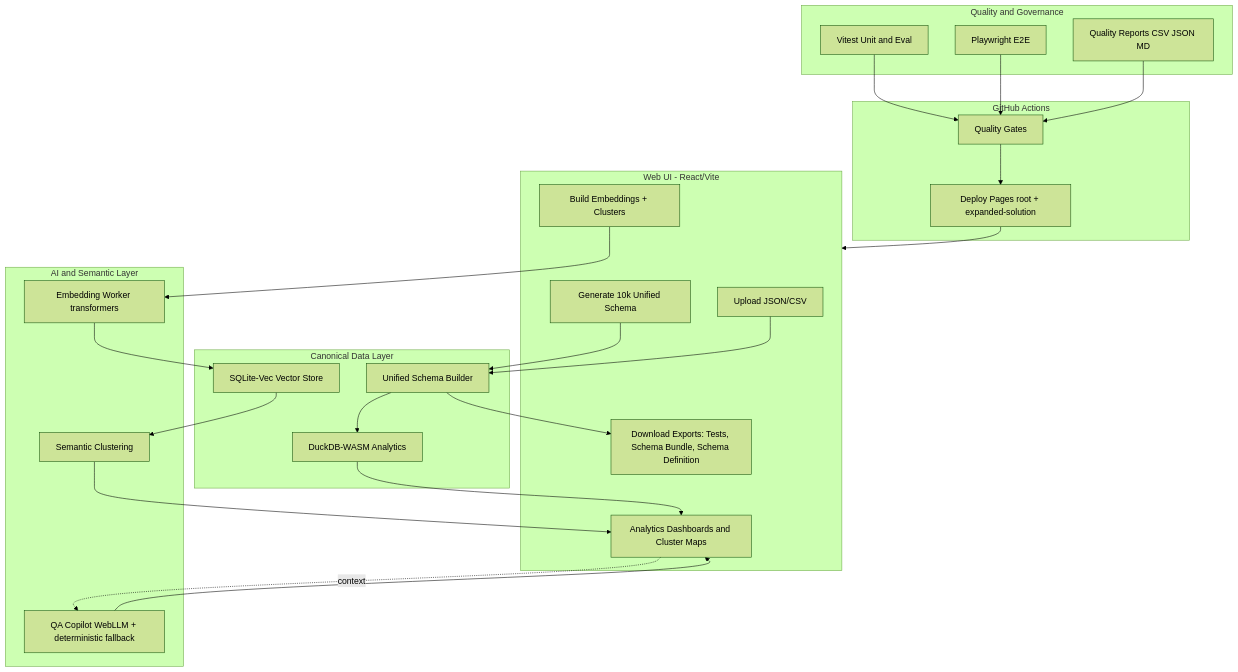
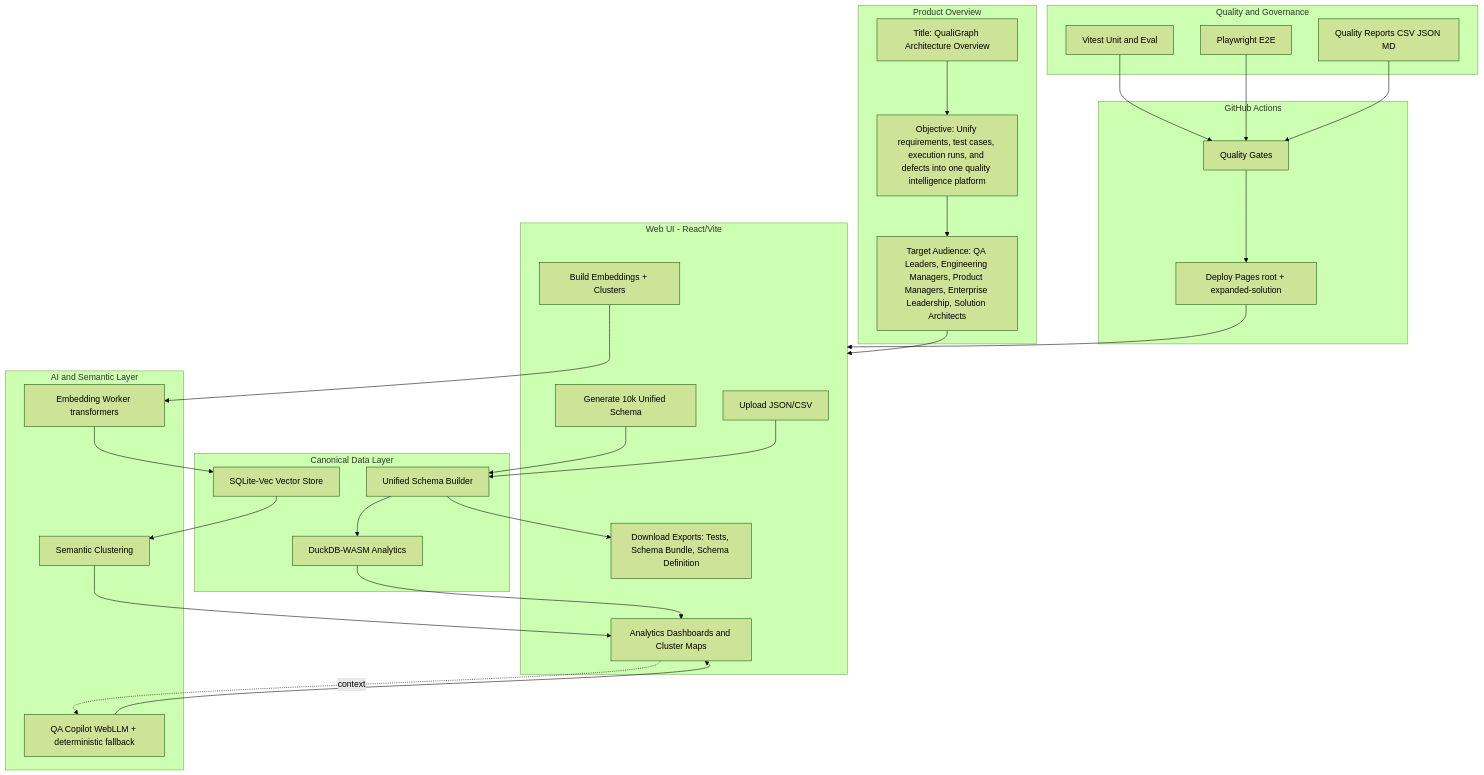
One commit to arvind3/qa-intelligence-platform changed the diagram in docs/architecture/qaip-architecture.mmd. Above: the diagram before and after it, drawn with Mermaid (forest theme).

Commit message:
Embed title, objective, and target audience directly in architecture diagram

```diff
--- a/docs/architecture/qaip-architecture.mmd
+++ b/docs/architecture/qaip-architecture.mmd
@@ -1,48 +1,58 @@
 flowchart TB
+  subgraph Overview[Product Overview]
+    O1[Title: QualiGraph Architecture Overview]
+    O2[Objective: Unify requirements, test cases, execution runs, and defects into one quality intelligence platform]
+    O3[Target Audience: QA Leaders, Engineering Managers, Product Managers, Enterprise Leadership, Solution Architects]
+  end
+
   subgraph UI[Web UI - React/Vite]
     U1[Generate 10k Unified Schema]
     U2[Upload JSON/CSV]
     U3[Build Embeddings + Clusters]
     U4[Analytics Dashboards and Cluster Maps]
     U5[Download Exports: Tests, Schema Bundle, Schema Definition]
   end
 
   subgraph Data[Canonical Data Layer]
     D1[Unified Schema Builder]
     D2[DuckDB-WASM Analytics]
     D3[SQLite-Vec Vector Store]
   end
 
   subgraph AI[AI and Semantic Layer]
     A1[Embedding Worker transformers]
     A2[Semantic Clustering]
     A3[QA Copilot WebLLM + deterministic fallback]
   end
 
   subgraph QA[Quality and Governance]
     Q1[Vitest Unit and Eval]
     Q2[Playwright E2E]
     Q3[Quality Reports CSV JSON MD]
   end
 
   subgraph CI[GitHub Actions]
     C1[Quality Gates]
     C2[Deploy Pages root + expanded-solution]
   end
 
+  O1 --> O2
+  O2 --> O3
+  O3 --> UI
+
   U1 --> D1
   U2 --> D1
   D1 --> D2
   U3 --> A1
   A1 --> D3
   D3 --> A2
   A2 --> U4
   D2 --> U4
   U4 -.context.-> A3
   A3 --> U4
   D1 --> U5
   Q1 --> C1
   Q2 --> C1
   Q3 --> C1
   C1 --> C2
   C2 --> UI
```
